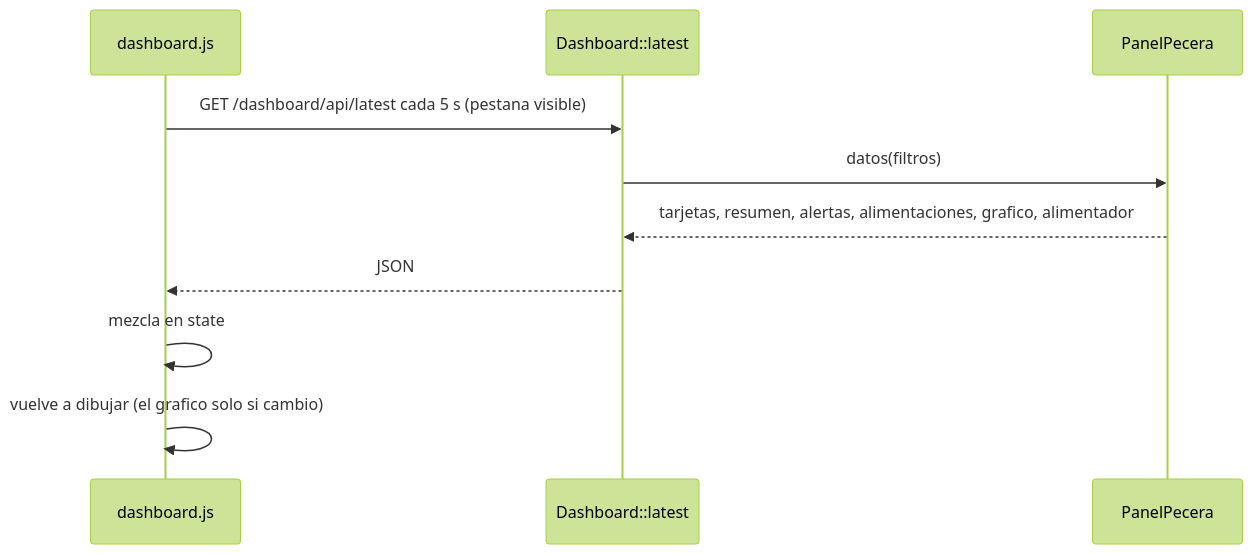
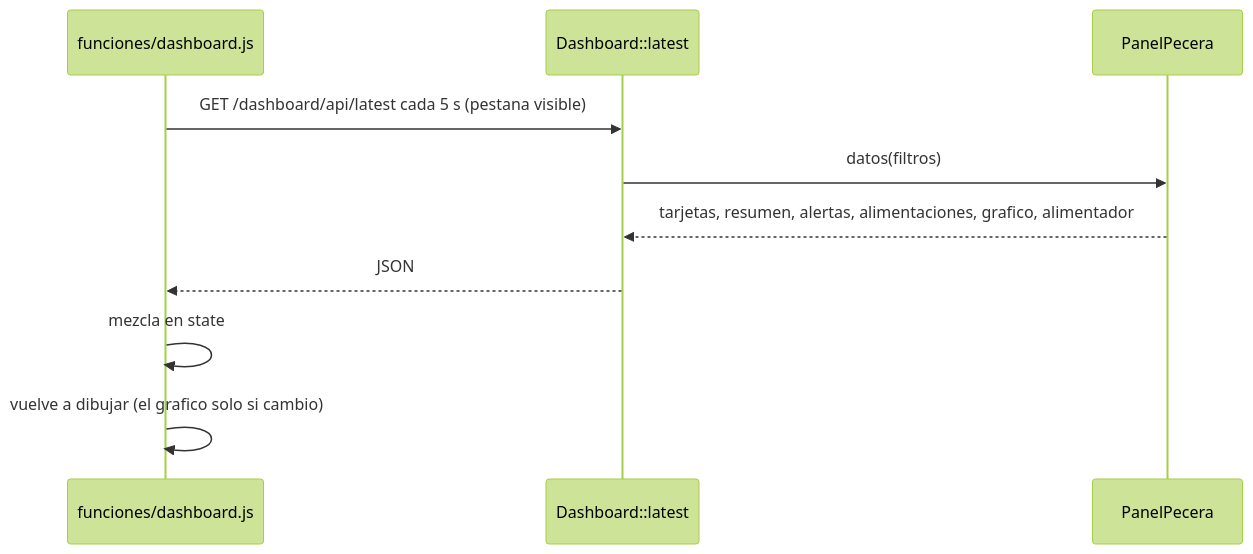
One commit to TuVieja22/AquaControl changed the fourth of 6 diagrams in FRONTEND_DOCUMENTACION.md. Above: the diagram before and after it, drawn with Mermaid (forest theme). The commit also changed other lines of this file and 86 other files, not shown here.

````diff
--- a/FRONTEND_DOCUMENTACION.md
+++ b/FRONTEND_DOCUMENTACION.md
@@ -481,12 +585,12 @@
 ```mermaid
 sequenceDiagram
-    participant F as dashboard.js
+    participant F as funciones/dashboard.js
     participant API as Dashboard::latest
     participant P as PanelPecera
     F->>API: GET /dashboard/api/latest cada 5 s (pestana visible)
     API->>P: datos(filtros)
     P-->>API: tarjetas, resumen, alertas, alimentaciones, grafico, alimentador
     API-->>F: JSON
     F->>F: mezcla en state
     F->>F: vuelve a dibujar (el grafico solo si cambio)
 ```
````
